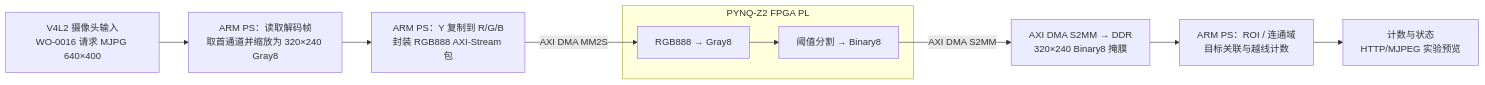
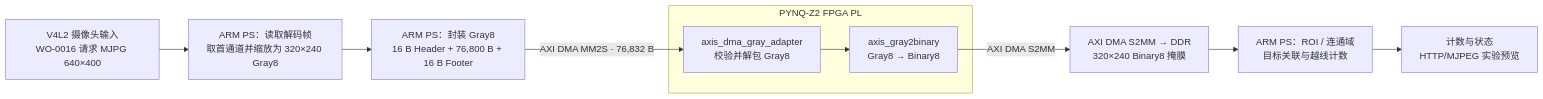
The first of 2 diagrams in README.md (POPO-so/material-counter), drawn with Mermaid before and after one commit. The commit also changed other lines of this file and 29 other files, not shown here.

Commit message:
fix: streamline OV9281 capture and counter flow

````diff
--- a/README.md
+++ b/README.md
@@ -27,19 +27,19 @@
 ```mermaid
 flowchart LR
     CAM["V4L2 摄像头输入<br/>WO-0016 请求 MJPG 640×400"]
     PSIN["ARM PS：读取解码帧<br/>取首通道并缩放为 320×240 Gray8"]
-    PACK["ARM PS：Y 复制到 R/G/B<br/>封装 RGB888 AXI-Stream 包"]
+    PACK["ARM PS：封装 Gray8<br/>16 B Header + 76,800 B + 16 B Footer"]
     subgraph PL["PYNQ-Z2 FPGA PL"]
-        GRAY["RGB888 → Gray8"]
-        THRESH["阈值分割 → Binary8"]
-        GRAY --> THRESH
+        UNPACK["axis_dma_gray_adapter<br/>校验并解包 Gray8"]
+        THRESH["axis_gray2binary<br/>Gray8 → Binary8"]
+        UNPACK --> THRESH
     end
     DDR["AXI DMA S2MM → DDR<br/>320×240 Binary8 掩膜"]
     COUNT["ARM PS：ROI / 连通域<br/>目标关联与越线计数"]
     VIEW["计数与状态<br/>HTTP/MJPEG 实验预览"]
 
     CAM --> PSIN --> PACK
-    PACK -->|"AXI DMA MM2S"| GRAY
+    PACK -->|"AXI DMA MM2S · 76,832 B"| UNPACK
     THRESH -->|"AXI DMA S2MM"| DDR
     DDR --> COUNT --> VIEW
 ```
````
